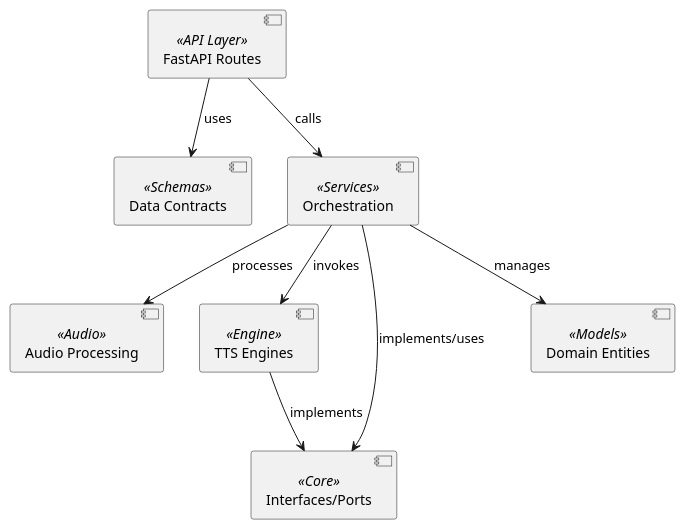
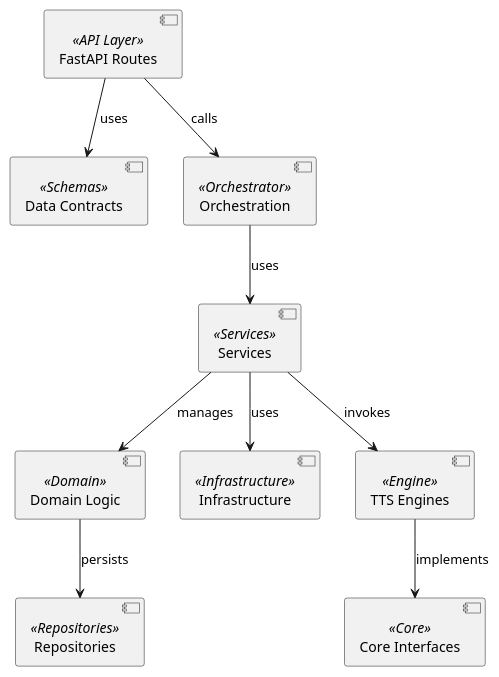
Before and after one commit to domoskanonos/quisy-tts: the diagram in docs/arc42/05_building_block_view.md, drawn with PlantUML. The commit also changed other lines of this file and 21 other files, not shown here.

First line of the commit message:
feat: remove obsolete files and add architecture documentation

````diff
--- a/docs/arc42/05_building_block_view.md
+++ b/docs/arc42/05_building_block_view.md
@@ -19,19 +21,22 @@
 ```plantuml
 @startuml
 [FastAPI Routes] as API <<API Layer>>
 [Data Contracts] as Schemas <<Schemas>>
-[Orchestration] as Services <<Services>>
-[Audio Processing] as Audio <<Audio>>
+[Services] as Services <<Services>>
+[Orchestration] as Orchestrator <<Orchestrator>>
+[Domain Logic] as Domain <<Domain>>
+[Repositories] as Repos <<Repositories>>
+[Infrastructure] as Infra <<Infrastructure>>
 [TTS Engines] as Engine <<Engine>>
-[Interfaces/Ports] as Core <<Core>>
-[Domain Entities] as Models <<Models>>
+[Core Interfaces] as Core <<Core>>
 
 API --> Schemas : uses
-API --> Services : calls
-Services --> Models : manages
-Services --> Audio : processes
-Services --> Core : implements/uses
+API --> Orchestrator : calls
+Orchestrator --> Services : uses
+Services --> Domain : manages
+Domain --> Repos : persists
+Services --> Infra : uses
 Services --> Engine : invokes
 Engine --> Core : implements
 @enduml
 ```
````
